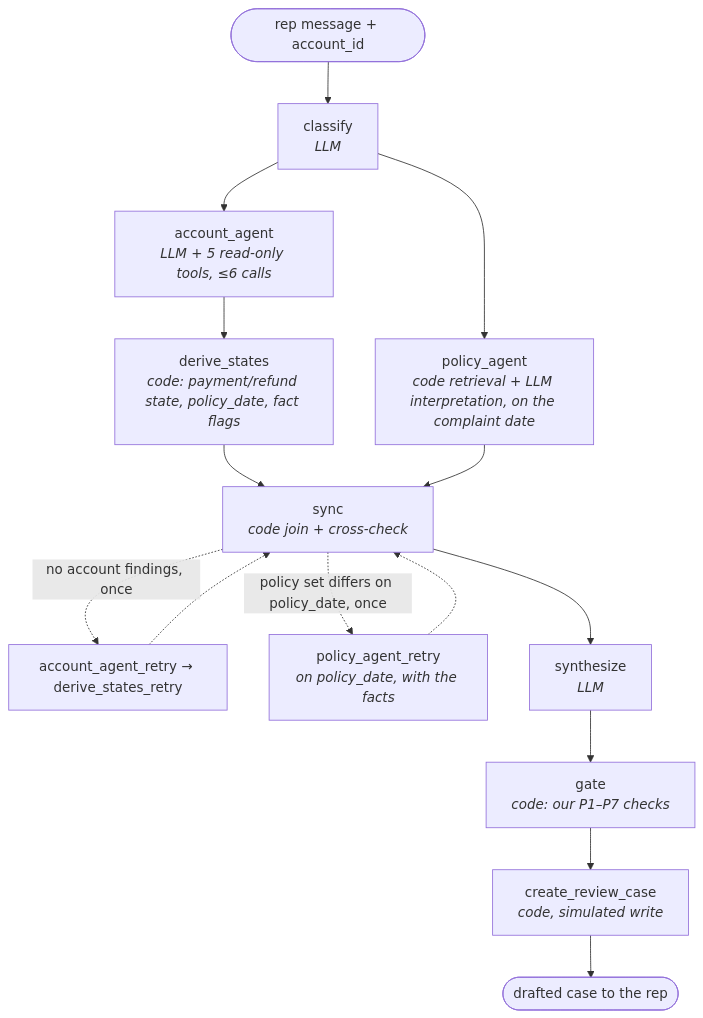
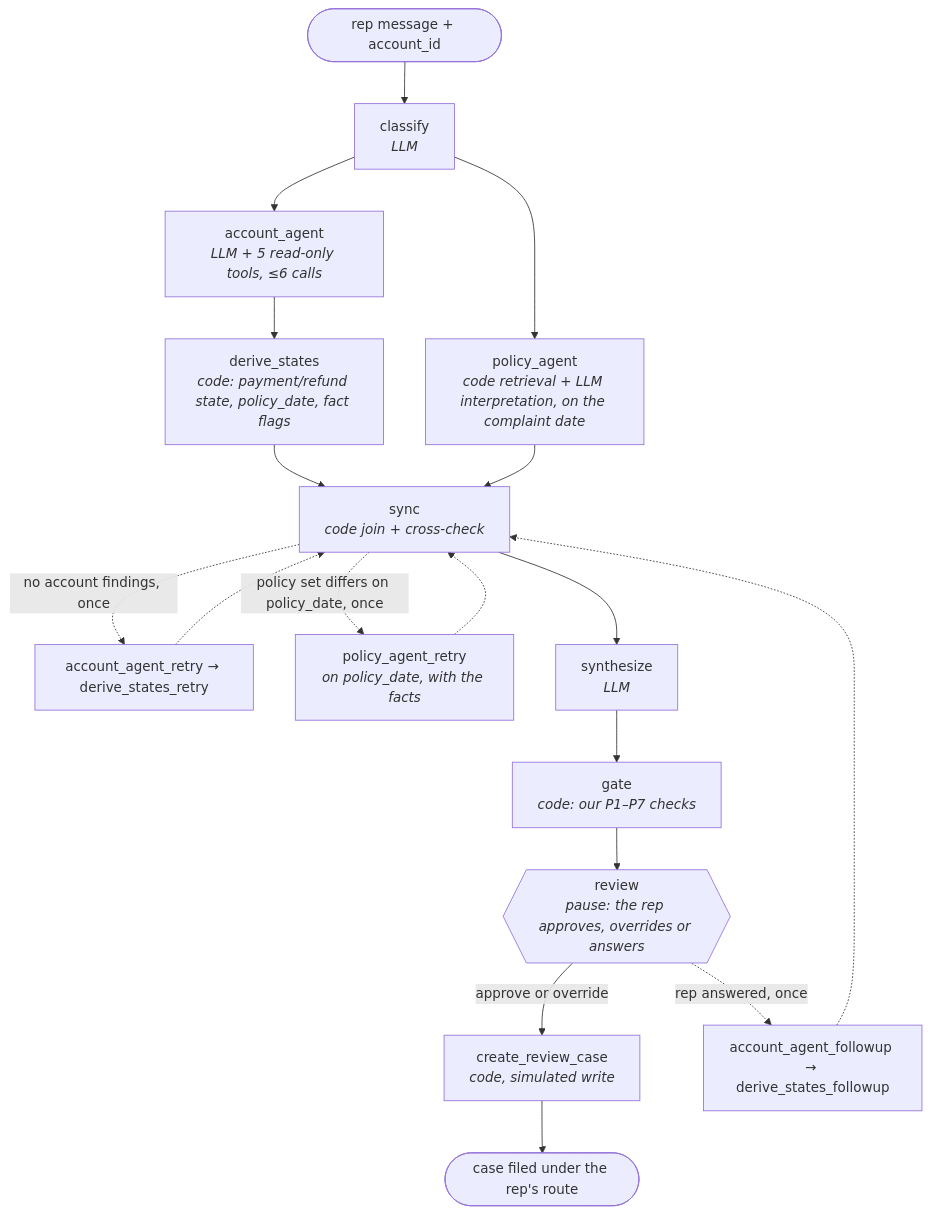
Before and after one commit to ragarwal23/focused-dispute-agent: the diagram in docs/architecture.md, drawn with Mermaid. The commit also changed other lines of this file and 18 other files, not shown here.

First line of the commit message:
Pause for the rep after the gate, and resume from a checkpoint

````diff
--- a/docs/architecture.md
+++ b/docs/architecture.md
@@ -31,17 +31,20 @@
 ```mermaid
 flowchart TD
     START([rep message + account_id]) --> classify["classify<br/><i>LLM</i>"]
     classify --> account_agent["account_agent<br/><i>LLM + 5 read-only tools, ≤6 calls</i>"]
     classify --> policy_agent["policy_agent<br/><i>code retrieval + LLM interpretation, on the complaint date</i>"]
     account_agent --> derive_states["derive_states<br/><i>code: payment/refund state, policy_date, fact flags</i>"]
     derive_states --> sync["sync<br/><i>code join + cross-check</i>"]
     policy_agent --> sync
     sync -.->|no account findings, once| account_agent_retry["account_agent_retry → derive_states_retry"]
     account_agent_retry -.-> sync
     sync -.->|policy set differs on policy_date, once| policy_agent_retry["policy_agent_retry<br/><i>on policy_date, with the facts</i>"]
     policy_agent_retry -.-> sync
     sync --> synthesize["synthesize<br/><i>LLM</i>"]
     synthesize --> gate["gate<br/><i>code: our P1–P7 checks</i>"]
-    gate --> create_review_case["create_review_case<br/><i>code, simulated write</i>"]
-    create_review_case --> END([drafted case to the rep])
+    gate --> review{{"review<br/><i>pause: the rep approves, overrides or answers</i>"}}
+    review -->|approve or override| create_review_case["create_review_case<br/><i>code, simulated write</i>"]
+    review -.->|rep answered, once| account_agent_followup["account_agent_followup → derive_states_followup"]
+    account_agent_followup -.-> sync
+    create_review_case --> END([case filed under the rep's route])
 ```
````
